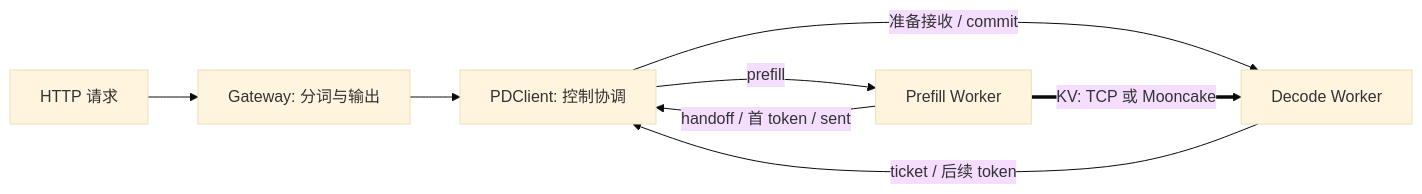
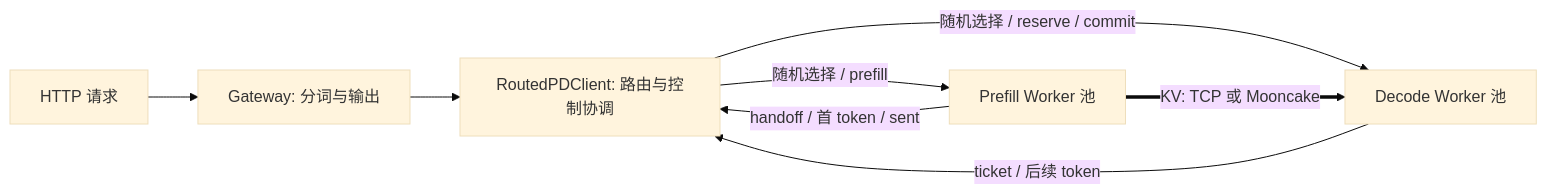
Before and after one commit to luckywty/MoonCake_SGlang: the diagram in README.md, drawn with Mermaid (base theme). The commit also changed other lines of this file and 21 other files, not shown here.

````diff
--- a/README.md
+++ b/README.md
@@ -33,10 +35,10 @@
 ```mermaid
 flowchart LR
     U[HTTP 请求] --> G[Gateway: 分词与输出]
-    G --> C[PDClient: 控制协调]
-    C -->|prefill| P[Prefill Worker]
+    G --> C[RoutedPDClient: 路由与控制协调]
+    C -->|随机选择 / prefill| P[Prefill Worker 池]
     P -->|handoff / 首 token / sent| C
-    C -->|准备接收 / commit| D[Decode Worker]
+    C -->|随机选择 / reserve / commit| D[Decode Worker 池]
     D -->|ticket / 后续 token| C
     P ==>|KV: TCP 或 Mooncake| D
 ```
````
